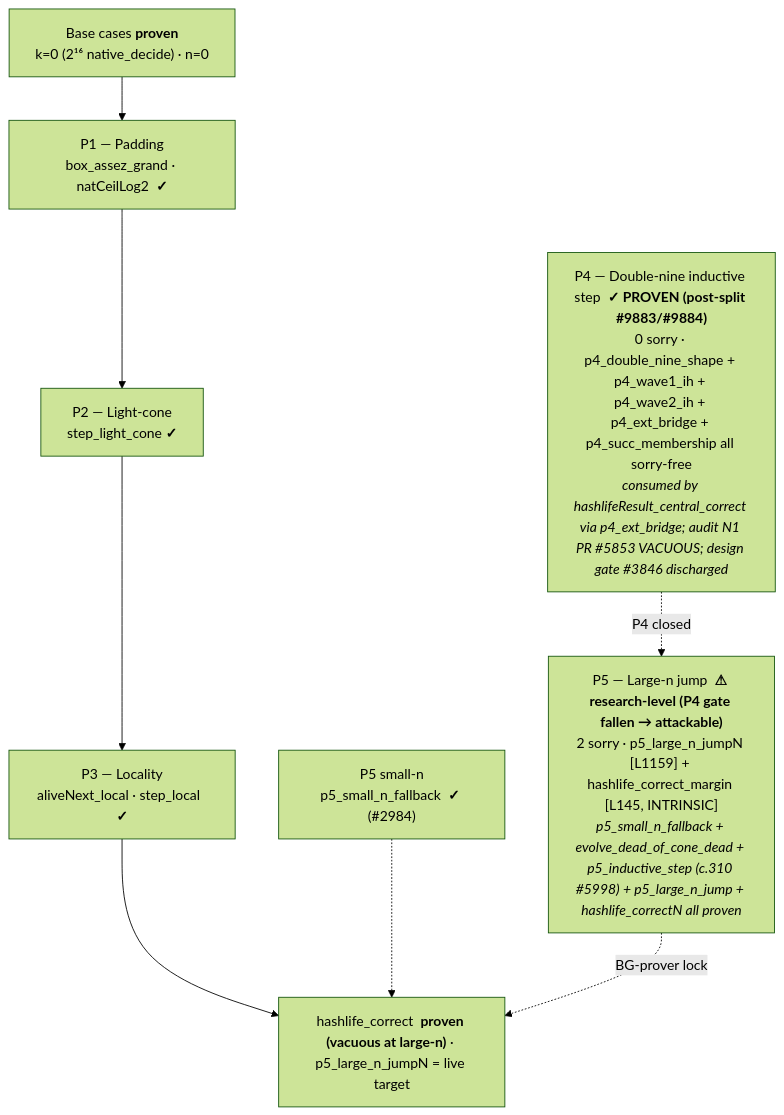
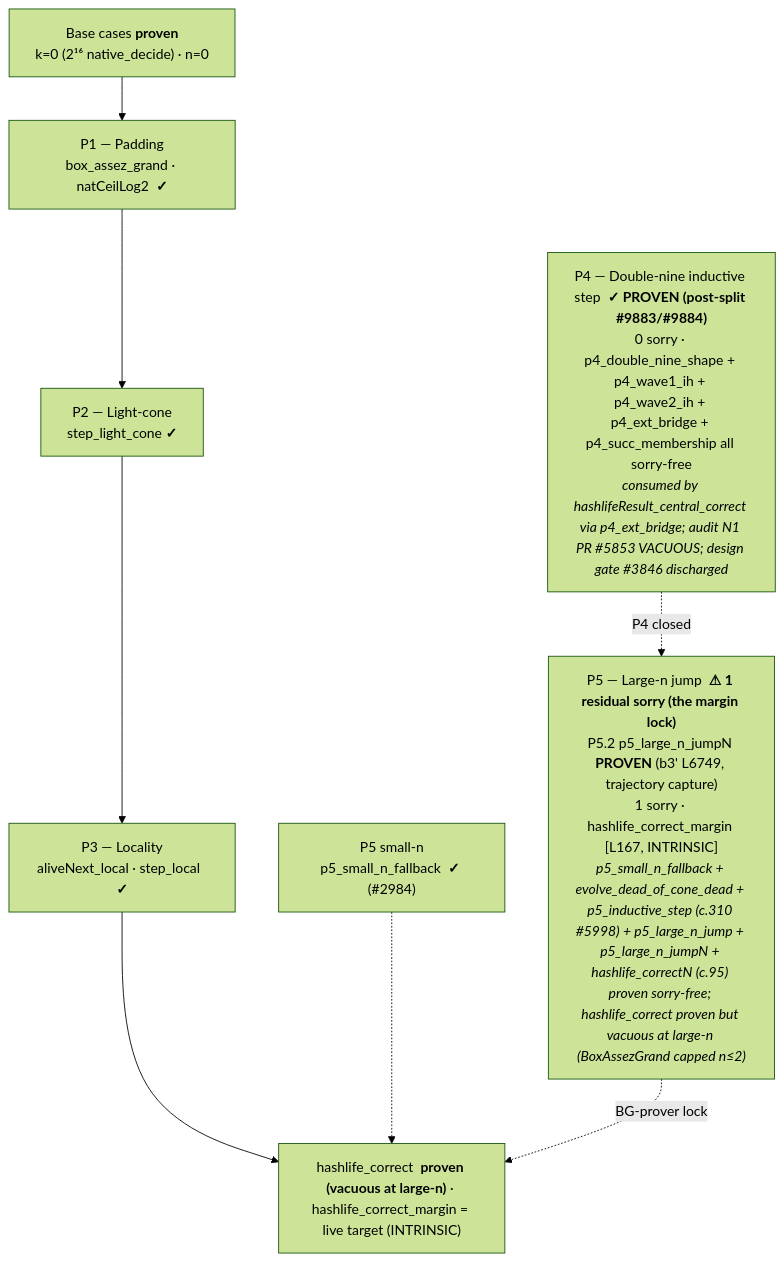
The diagram in MyIA.AI.Notebooks/SymbolicAI/Lean/conway_lean/README.en.md (jsboige/CoursIA), drawn with Mermaid (forest theme) before and after one commit. The commit also changed other lines of this file and 1 other file, not shown here.

First line of the commit message:
docs(conway,#14606): realign README.en.md on FR twin post-b3' truth (1 distinct sorry, jumpN proven)

````diff
--- a/MyIA.AI.Notebooks/SymbolicAI/Lean/conway_lean/README.en.md
+++ b/MyIA.AI.Notebooks/SymbolicAI/Lean/conway_lean/README.en.md
@@ -132,15 +134,15 @@
 ```mermaid
 flowchart TD
     BASE["Base cases  <b>proven</b><br/>k=0 (2¹⁶ native_decide) · n=0"]
     P1["P1 — Padding<br/>box_assez_grand · natCeilLog2  <b>✓</b>"]
     P2["P2 — Light-cone<br/>step_light_cone  <b>✓</b>"]
     P3["P3 — Locality<br/>aliveNext_local · step_local  <b>✓</b>"]
     P5S["P5 small-n<br/>p5_small_n_fallback  <b>✓</b> (#2984)"]
     P4["P4 — Double-nine inductive step  <b>✓ PROVEN (post-split #9883/#9884)</b><br/>0 sorry · p4_double_nine_shape + p4_wave1_ih + p4_wave2_ih + p4_ext_bridge + p4_succ_membership all sorry-free<br/><i>consumed by hashlifeResult_central_correct via p4_ext_bridge; audit N1 PR #5853 VACUOUS; design gate #3846 discharged</i>"]
-    P5["P5 — Large-n jump  <b>⚠ research-level (P4 gate fallen → attackable)</b><br/>2 sorry · p5_large_n_jumpN [L1159] + hashlife_correct_margin [L145, INTRINSIC]<br/><i>p5_small_n_fallback + evolve_dead_of_cone_dead + p5_inductive_step (c.310 #5998) + p5_large_n_jump + hashlife_correctN all proven</i>"]
-    GOAL["hashlife_correct  <b>proven (vacuous at large-n)</b> · p5_large_n_jumpN = live target"]
+    P5["P5 — Large-n jump  <b>⚠ 1 residual sorry (the margin lock)</b><br/>P5.2 p5_large_n_jumpN <b>PROVEN</b> (b3' L6749, trajectory capture)<br/>1 sorry · hashlife_correct_margin [L167, INTRINSIC]<br/><i>p5_small_n_fallback + evolve_dead_of_cone_dead + p5_inductive_step (c.310 #5998) + p5_large_n_jump + p5_large_n_jumpN + hashlife_correctN (c.95) proven sorry-free; hashlife_correct proven but vacuous at large-n (BoxAssezGrand capped n≤2)</i>"]
+    GOAL["hashlife_correct  <b>proven (vacuous at large-n)</b> · hashlife_correct_margin = live target (INTRINSIC)"]
 
     BASE --> P1 --> P2 --> P3 --> GOAL
     P5S -.-> GOAL
     P4 -.->|"P4 closed"| P5 -.->|"BG-prover lock"| GOAL
 ```
````
